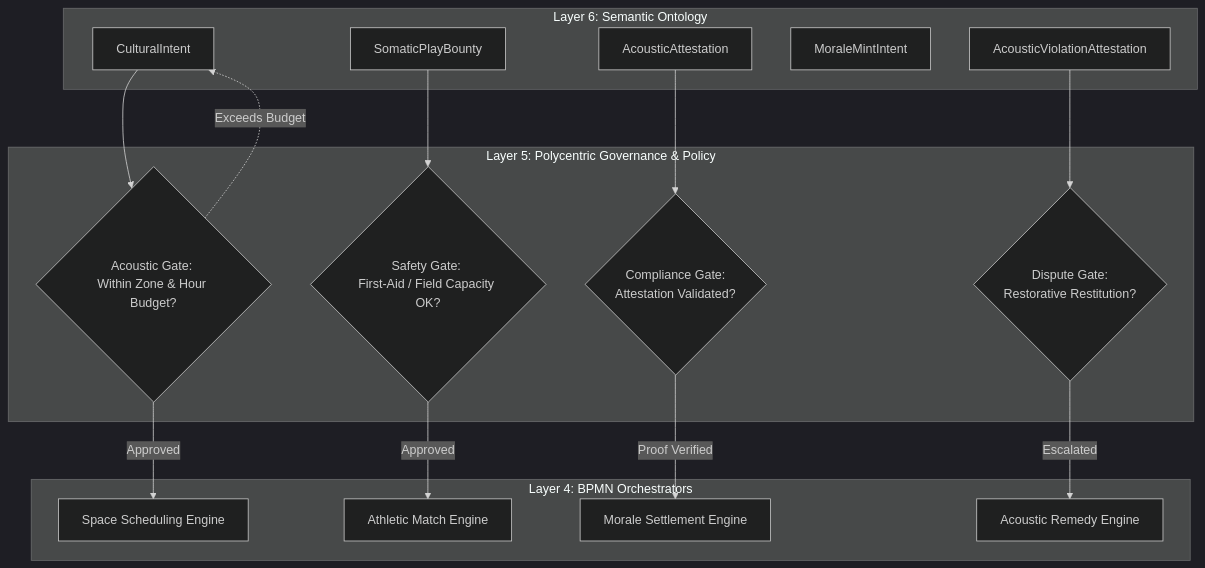
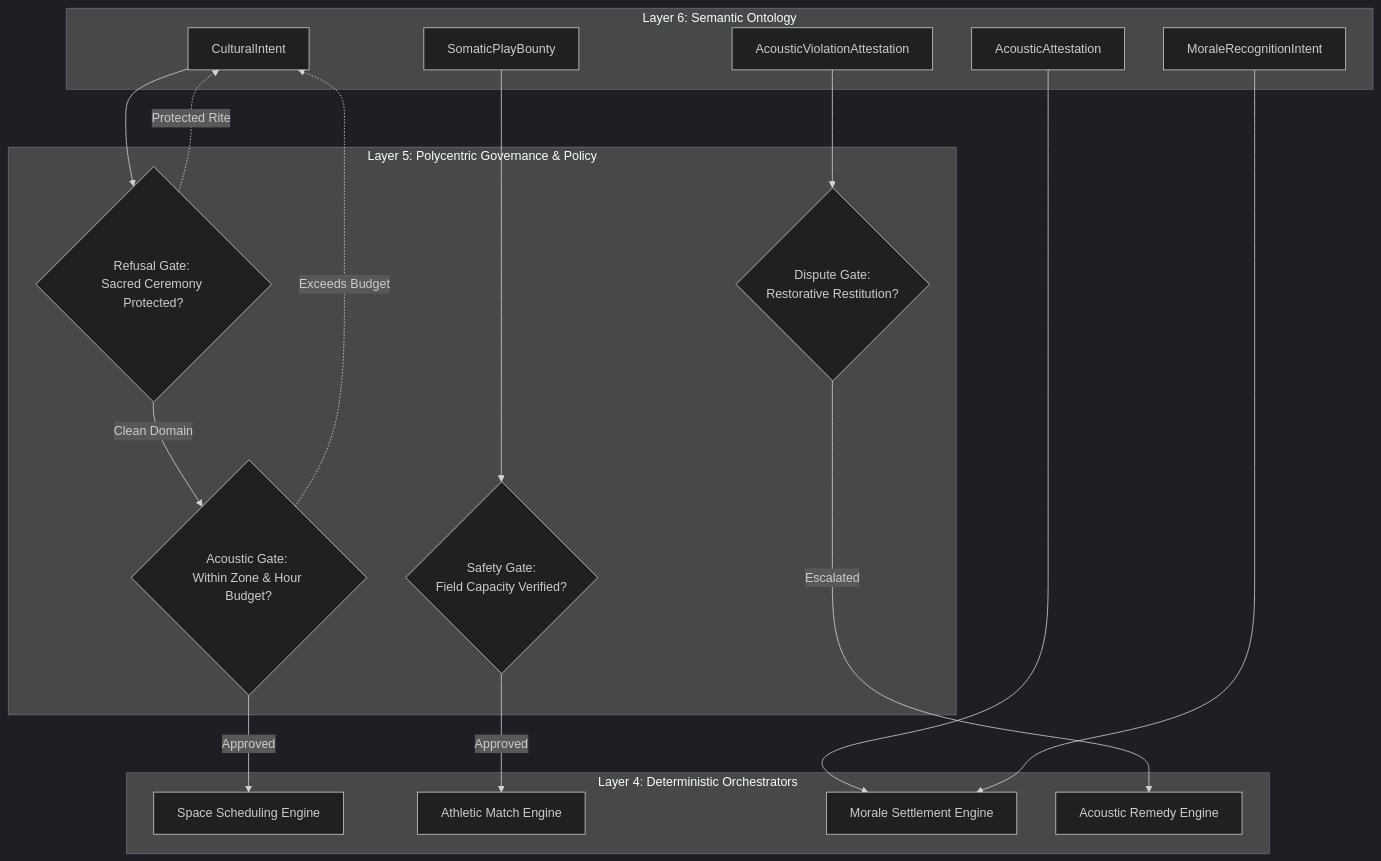
The third of 4 diagrams in docs/scenarios/lambda_cultural.md (raffaine/collective), drawn with Mermaid (dark theme) before and after one commit. The commit also changed other lines of this file and 23 other files, not shown here.

````diff
--- a/docs/scenarios/lambda_cultural.md
+++ b/docs/scenarios/lambda_cultural.md
@@ -113,38 +151,40 @@
 ```mermaid
 graph TD
     subgraph Layer 6: Semantic Ontology
         L6_Cult[CulturalIntent]
         L6_Play[SomaticPlayBounty]
         L6_Attest[AcousticAttestation]
-        L6_Morale[MoraleMintIntent]
+        L6_Morale[MoraleRecognitionIntent]
         L6_Viol[AcousticViolationAttestation]
     end
 
     subgraph Layer 5: Polycentric Governance & Policy
         P_Acoustic{Acoustic Gate: <br>Within Zone & Hour Budget?}
-        P_Safety{Safety Gate: <br>First-Aid / Field Capacity OK?}
-        P_Legal{Compliance Gate: <br>Attestation Validated?}
+        P_Safety{Safety Gate: <br>Field Capacity Verified?}
+        P_Refusal{Refusal Gate: <br>Sacred Ceremony Protected?}
         P_Restor{Dispute Gate: <br>Restorative Restitution?}
     end
 
-    subgraph Layer 4: BPMN Orchestrators
+    subgraph Layer 4: Deterministic Orchestrators
         BPMN_Space[Space Scheduling Engine]
         BPMN_Play[Athletic Match Engine]
         BPMN_Settle[Morale Settlement Engine]
         BPMN_Dispute[Acoustic Remedy Engine]
     end
 
     %% Routing
-    L6_Cult --> P_Acoustic
+    L6_Cult --> P_Refusal
+    P_Refusal -->|Clean Domain| P_Acoustic
+    P_Refusal -.->|Protected Rite| L6_Cult
     P_Acoustic -->|Approved| BPMN_Space
     P_Acoustic -.->|Exceeds Budget| L6_Cult
 
     L6_Play --> P_Safety
     P_Safety -->|Approved| BPMN_Play
 
-    L6_Attest --> P_Legal
-    P_Legal -->|Proof Verified| BPMN_Settle
+    L6_Attest --> BPMN_Settle
+    L6_Morale --> BPMN_Settle
 
     L6_Viol --> P_Restor
     P_Restor -->|Escalated| BPMN_Dispute
 ```
````
